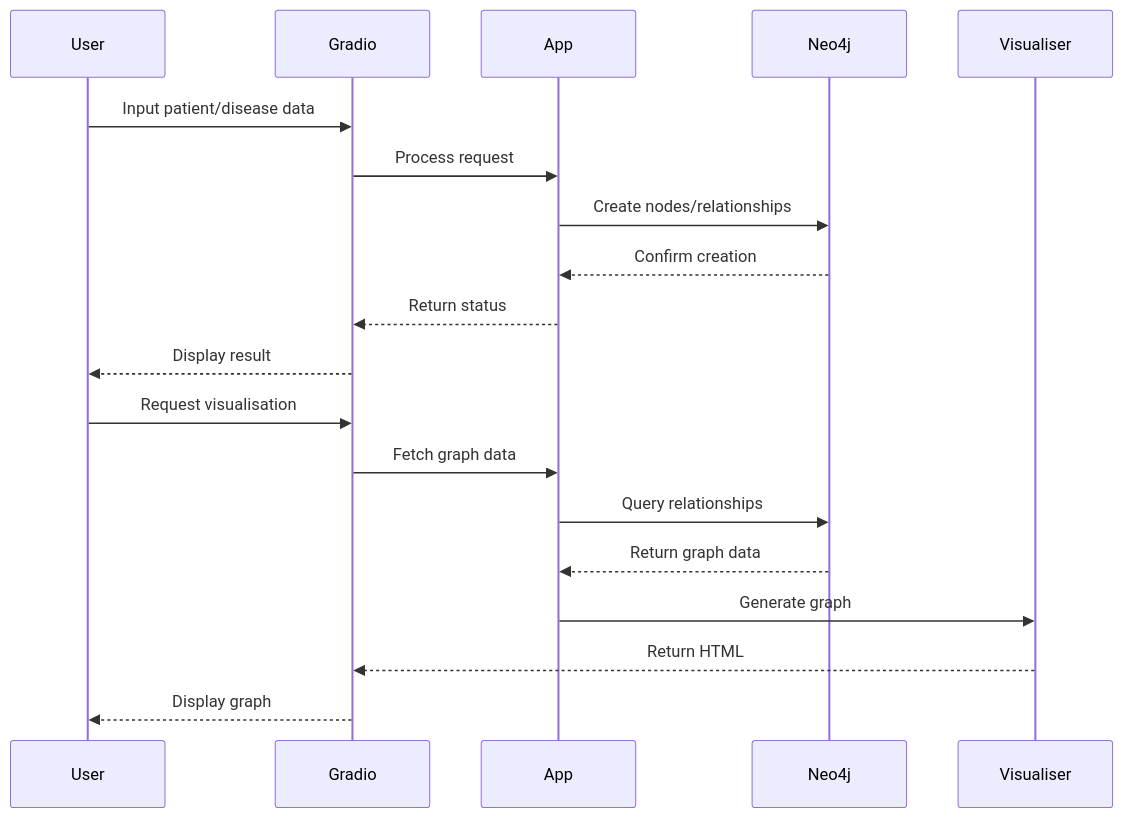
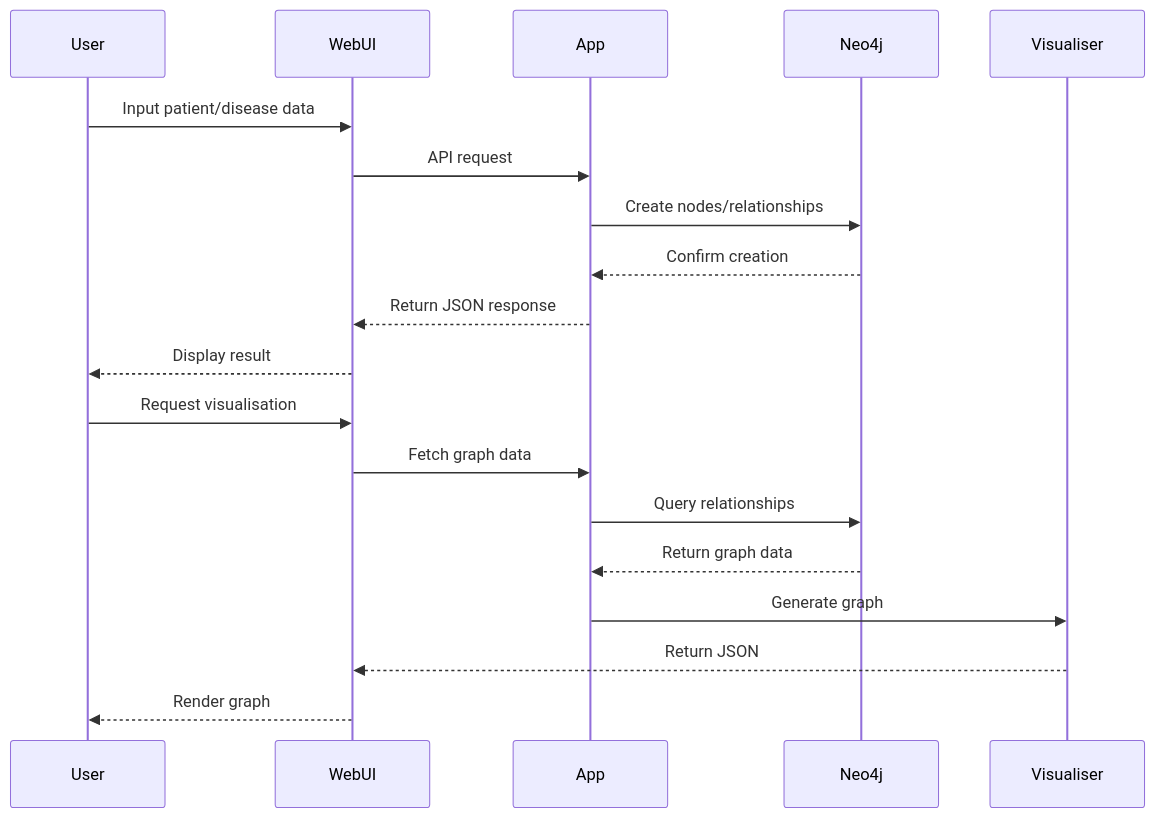
Before and after one commit to AL-Kaisi/MedGraph: the fourth of 6 diagrams in README.md, drawn with Mermaid. The commit also changed other lines of this file and 31 other files, not shown here.

````diff
--- a/README.md
+++ b/README.md
@@ -153,23 +183,23 @@
 ```mermaid
 sequenceDiagram
     participant User
-    participant Gradio
+    participant WebUI
     participant App
     participant Neo4j
     participant Visualiser
 
-    User->>Gradio: Input patient/disease data
-    Gradio->>App: Process request
+    User->>WebUI: Input patient/disease data
+    WebUI->>App: API request
     App->>Neo4j: Create nodes/relationships
     Neo4j-->>App: Confirm creation
-    App-->>Gradio: Return status
-    Gradio-->>User: Display result
+    App-->>WebUI: Return JSON response
+    WebUI-->>User: Display result
 
-    User->>Gradio: Request visualisation
-    Gradio->>App: Fetch graph data
+    User->>WebUI: Request visualisation
+    WebUI->>App: Fetch graph data
     App->>Neo4j: Query relationships
     Neo4j-->>App: Return graph data
     App->>Visualiser: Generate graph
-    Visualiser-->>Gradio: Return HTML
-    Gradio-->>User: Display graph
+    Visualiser-->>WebUI: Return JSON
+    WebUI-->>User: Render graph
 ```
````
